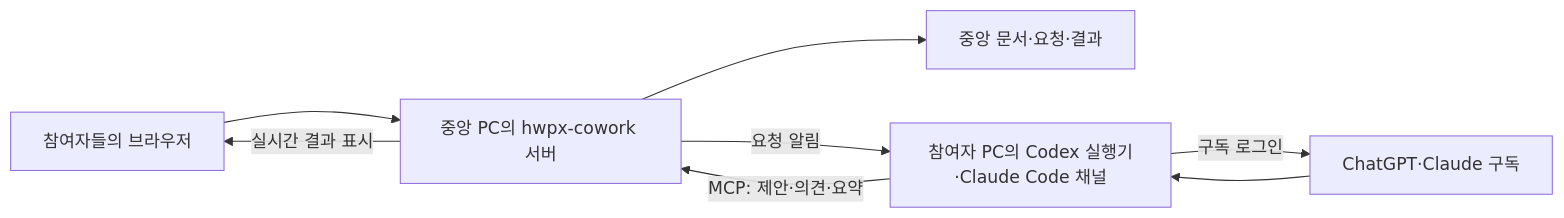
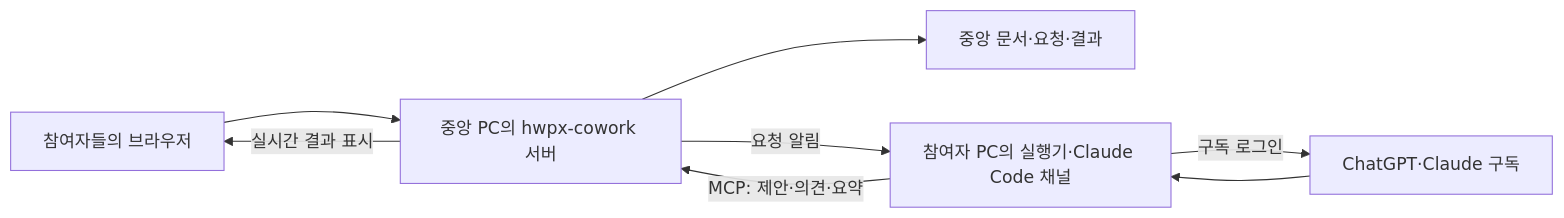
One commit to nagmint12/hwpxcowork changed the diagram in docs/DEPLOYMENT_AND_AI_GUIDE.md. Above: the diagram before and after it, drawn with Mermaid. The commit also changed other lines of this file and 193 other files, not shown here.

````diff
--- a/docs/DEPLOYMENT_AND_AI_GUIDE.md
+++ b/docs/DEPLOYMENT_AND_AI_GUIDE.md
@@ -32,10 +32,10 @@
 ```mermaid
 flowchart LR
   B[참여자들의 브라우저] --> S[중앙 PC의 hwpx-cowork 서버]
   S --> D[중앙 문서·요청·결과]
-  S -->|요청 알림| W[참여자 PC의 Codex 실행기·Claude Code 채널]
+  S -->|요청 알림| W[참여자 PC의 실행기·Claude Code 채널]
   W -->|구독 로그인| AI[ChatGPT·Claude 구독]
   AI --> W
   W -->|MCP: 제안·의견·요약| S
   S -->|실시간 결과 표시| B
 ```
````
